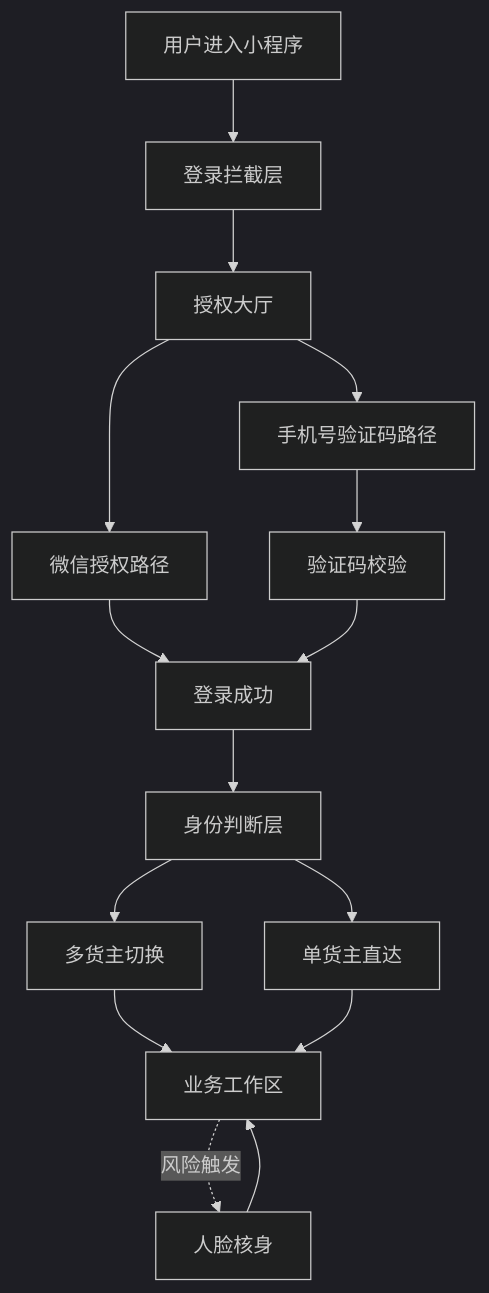
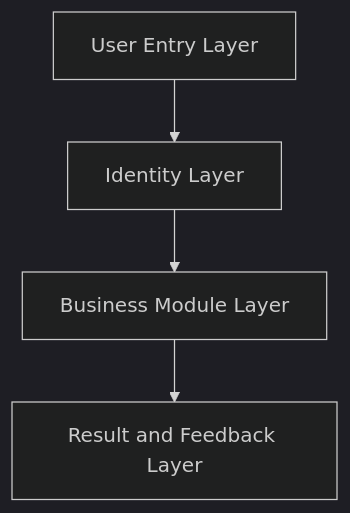
Before and after one commit to husinglemon-art/TMS_Shipper: the first of 4 diagrams in 01_Master_Documents/Product_Architecture.md, drawn with Mermaid (dark theme). The commit also changed other lines of this file and 15 other files, not shown here.

````diff
--- a/01_Master_Documents/Product_Architecture.md
+++ b/01_Master_Documents/Product_Architecture.md
@@ -25,17 +24,6 @@
 ```mermaid
 graph TD
-    A[用户进入小程序] --> B[登录拦截层]
-    B --> C[授权大厅]
-    C --> D[微信授权路径]
-    C --> E[手机号验证码路径]
-    D --> F[登录成功]
-    E --> G[验证码校验]
-    G --> F
-    F --> H[身份判断层]
-    H --> I[多货主切换]
-    H --> J[单货主直达]
-    I --> K[业务工作区]
-    J --> K
-    K -. 风险触发 .-> L[人脸核身]
-    L --> K
+    A[User Entry Layer] --> B[Identity Layer]
+    B --> C[Business Module Layer]
+    C --> D[Result and Feedback Layer]
 ```
````
